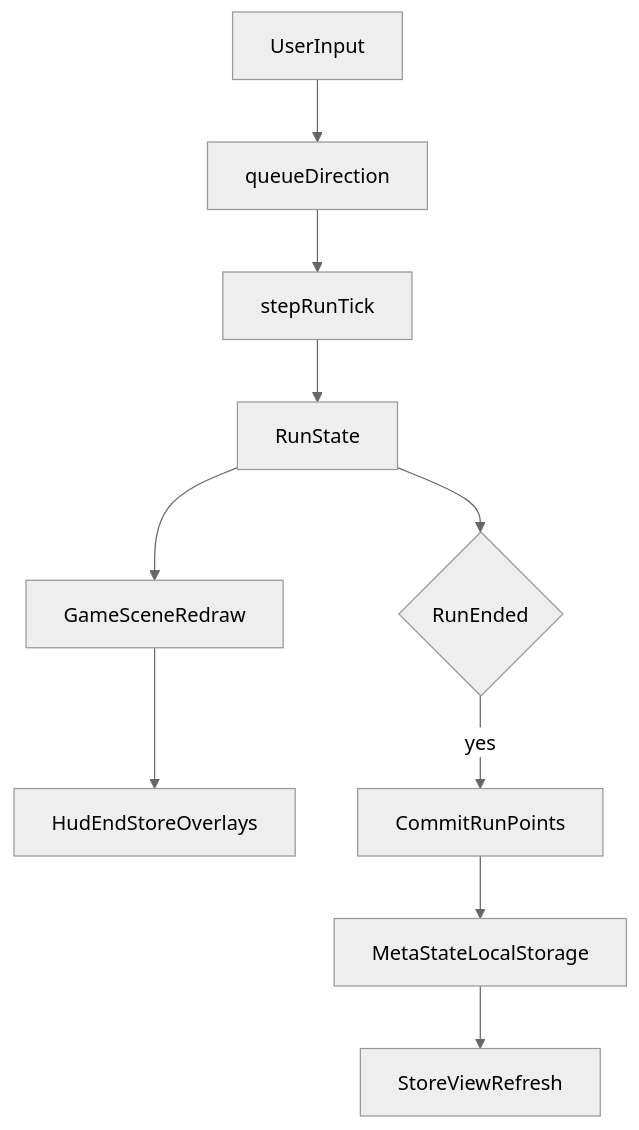
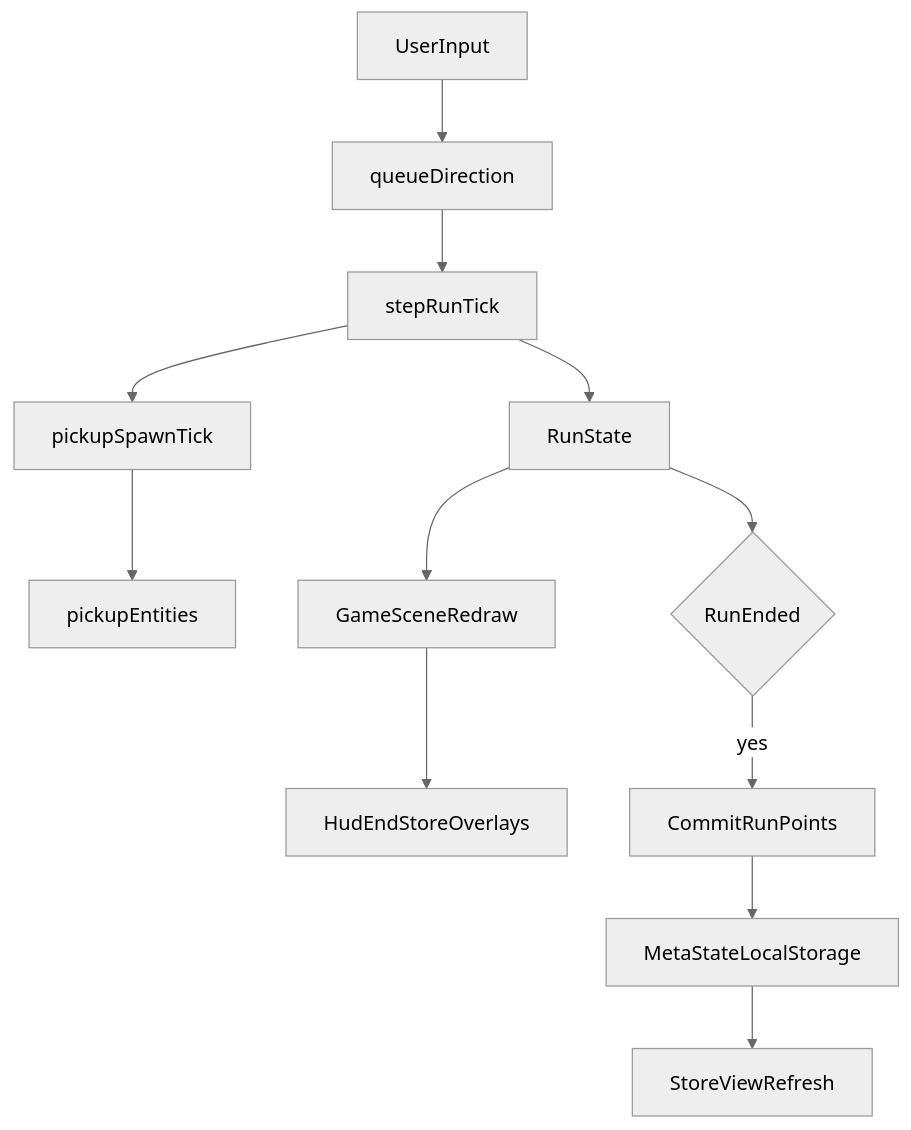
The diagram in docs/architecture.md (ThomasMeyers/RoJeu), drawn with Mermaid (neutral theme) before and after one commit. The commit also changed other lines of this file and 11 other files, not shown here.

````diff
--- a/docs/architecture.md
+++ b/docs/architecture.md
@@ -30,12 +32,14 @@
 ```mermaid
 flowchart TD
   userInput[UserInput] --> queueDir[queueDirection]
   queueDir --> runStep[stepRunTick]
+  runStep --> pickupSpawn[pickupSpawnTick]
+  pickupSpawn --> pickups[pickupEntities]
   runStep --> runState[RunState]
   runState --> redraw[GameSceneRedraw]
   redraw --> overlays[HudEndStoreOverlays]
   runState --> runEnded{RunEnded}
   runEnded -->|yes| commitMeta[CommitRunPoints]
   commitMeta --> metaState[MetaStateLocalStorage]
   metaState --> storeUi[StoreViewRefresh]
 ```
````
